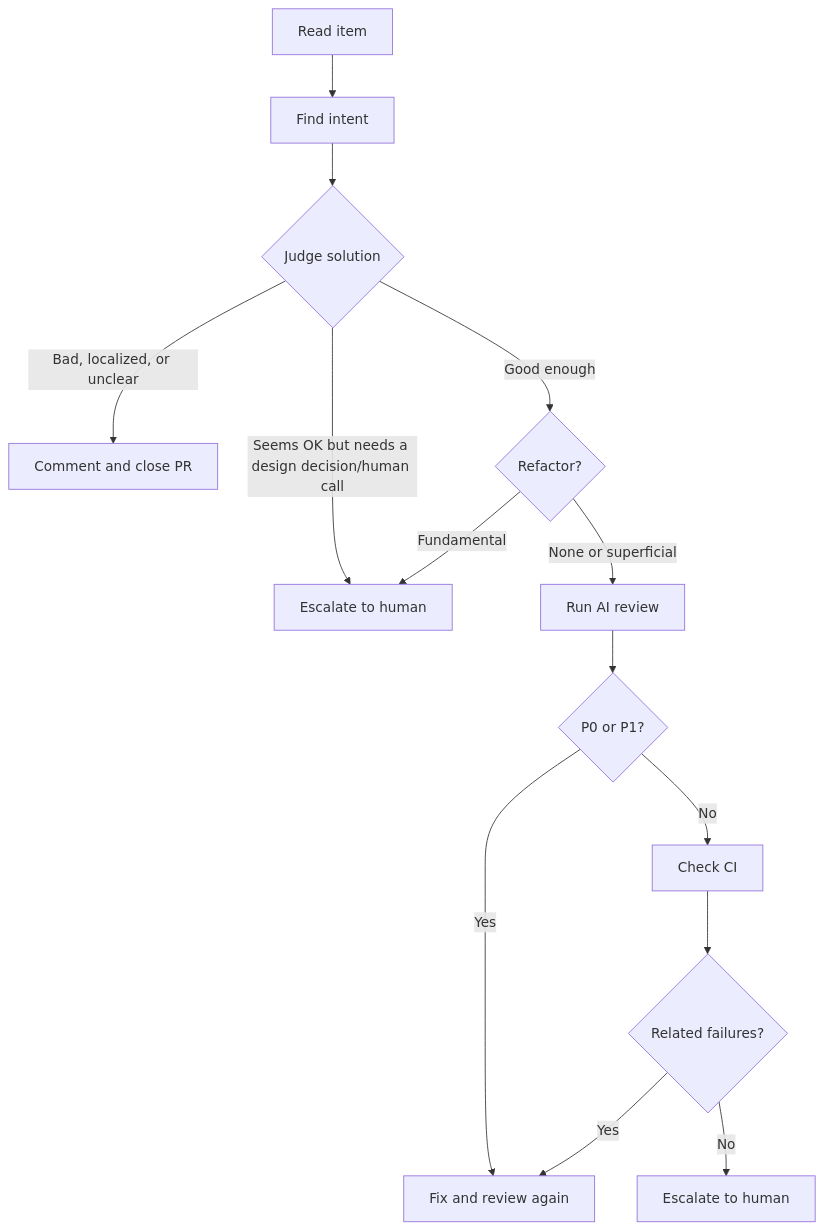
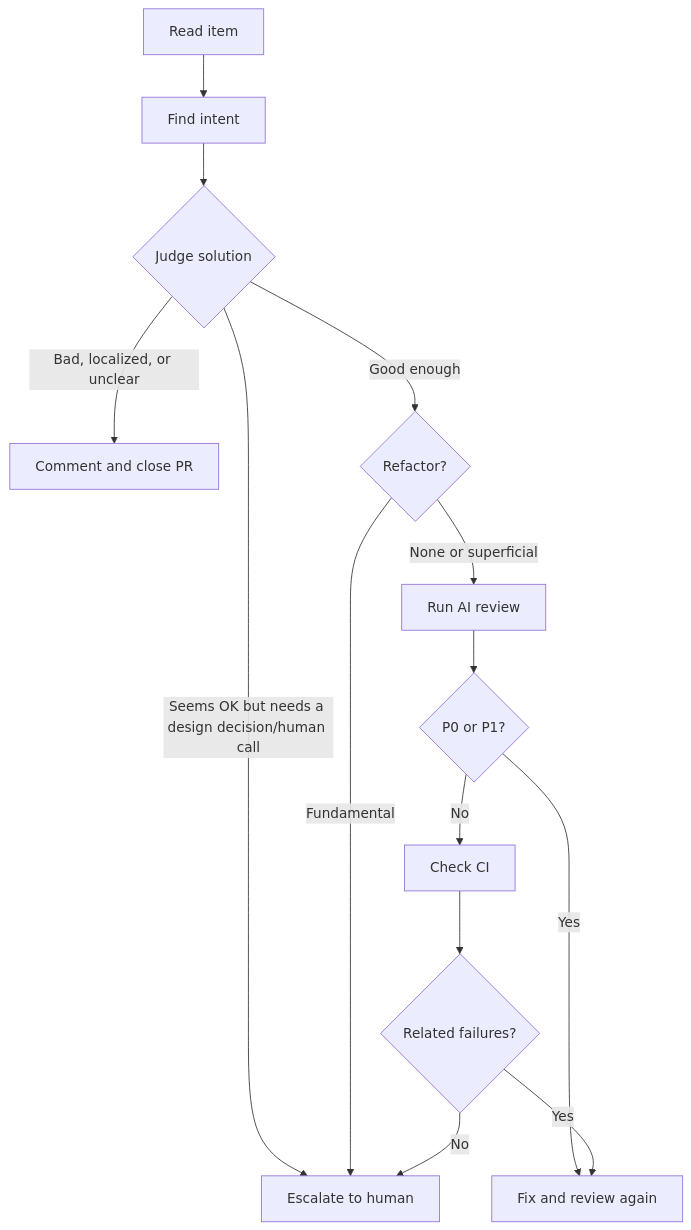
Before and after one commit to osolmaz/tools: the diagram in agents/prompts/pr-issue-triage.md, drawn with Mermaid.

Commit message:
docs: unify human node in triage flowchart

````diff
--- a/agents/prompts/pr-issue-triage.md
+++ b/agents/prompts/pr-issue-triage.md
@@ -5,16 +5,16 @@
 ```mermaid
 flowchart TD
     A[Read item] --> B[Find intent]
     B --> C{Judge solution}
     C -->|Bad, localized, or unclear| D[Comment and close PR]
     C -->|Seems OK but needs a design decision/human call| E[Escalate to human]
     C -->|Good enough| F{Refactor?}
     F -->|Fundamental| E
     F -->|None or superficial| G[Run AI review]
     G --> H{P0 or P1?}
     H -->|Yes| I[Fix and review again]
     H -->|No| J[Check CI]
     J --> K{Related failures?}
     K -->|Yes| I
-    K -->|No| L[Escalate to human]
+    K -->|No| E
 ```
````
